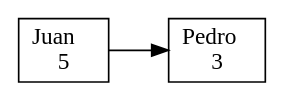
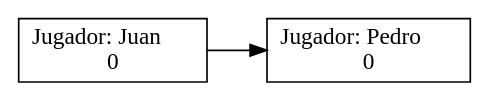
One commit to elJuanjoRamos/EDD_1S2020_PY1_201801262 changed the diagram in EDD_Proyecto1/EDD_Proyecto1/ScoreBoard.dot. Above: the diagram before and after it, drawn with Graphviz. The commit also changed 22 other files, not shown here.

```diff
--- a/EDD_Proyecto1/EDD_Proyecto1/ScoreBoard.dot
+++ b/EDD_Proyecto1/EDD_Proyecto1/ScoreBoard.dot
@@ -1,5 +1,5 @@
 digraph G {rankdir=LR;node[shape = box];
-Nodo0 [label = "Pedro\l3"];
-Nodo1 [label = "Juan\l5"];
+Nodo0 [label = "Jugador: Pedro\l0"];
+Nodo1 [label = "Jugador: Juan\l0"];
 Nodo1->Nodo0;
 }
```
